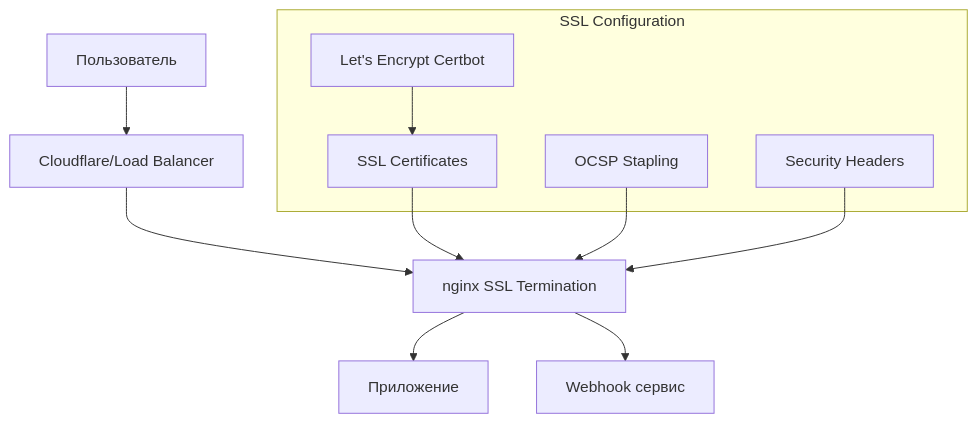
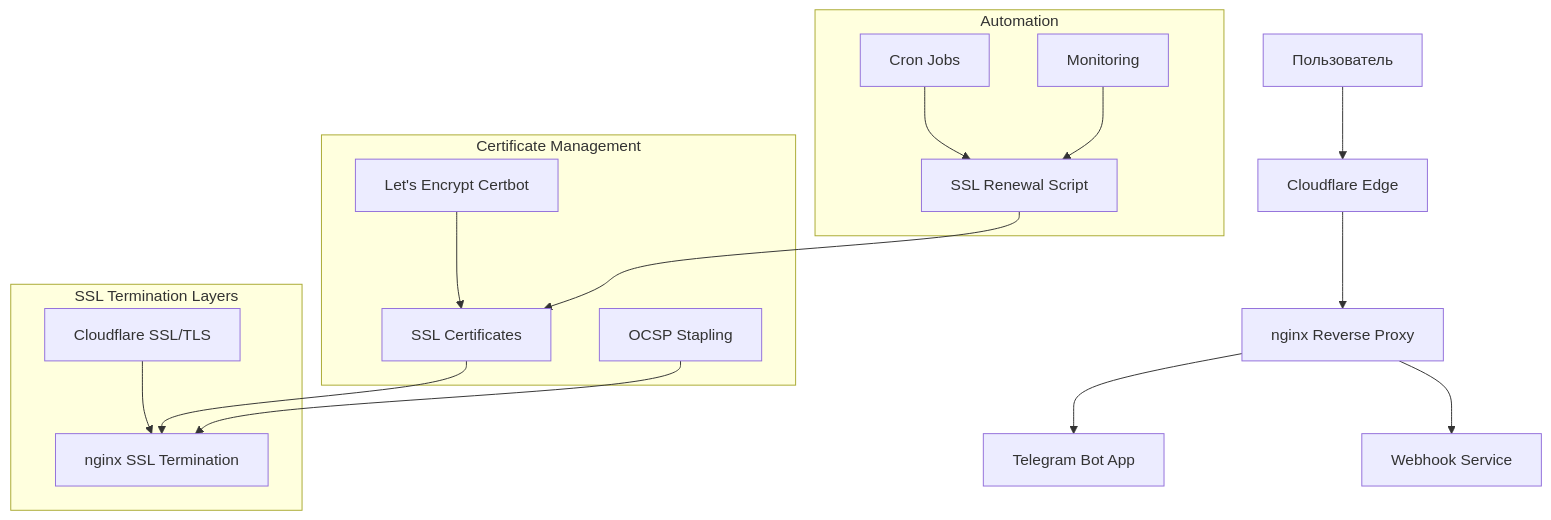
One commit to neKamita/Mirza-Telegram-Shop-Bot changed the first of 3 diagrams in docs/SSL_SETUP.md. Above: the diagram before and after it, drawn with Mermaid. The commit also changed other lines of this file and 7 other files, not shown here.

````diff
--- a/docs/SSL_SETUP.md
+++ b/docs/SSL_SETUP.md
@@ -9,19 +9,33 @@
 ```mermaid
 graph TB
-    A[Пользователь] --> B[Cloudflare/Load Balancer]
-    B --> C[nginx SSL Termination]
-    C --> D[Приложение]
-    C --> E[Webhook сервис]
+    A[Пользователь] --> B[Cloudflare Edge]
+    B --> C[nginx Reverse Proxy]
+    C --> D[Telegram Bot App]
+    C --> E[Webhook Service]
 
-    subgraph "SSL Configuration"
-        F[Let's Encrypt Certbot]
-        G[SSL Certificates]
-        H[OCSP Stapling]
-        I[Security Headers]
+    subgraph "SSL Termination Layers"
+        F[Cloudflare SSL/TLS]
+        G[nginx SSL Termination]
+    end
+
+    subgraph "Certificate Management"
+        H[Let's Encrypt Certbot]
+        I[SSL Certificates]
+        J[OCSP Stapling]
     end
 
     F --> G
-    G --> C
-    H --> C
-    I --> C
+    H --> I
+    I --> G
+    J --> G
+
+    subgraph "Automation"
+        K[SSL Renewal Script]
+        L[Cron Jobs]
+        M[Monitoring]
+    end
+
+    K --> I
+    L --> K
+    M --> K
 ```
````
